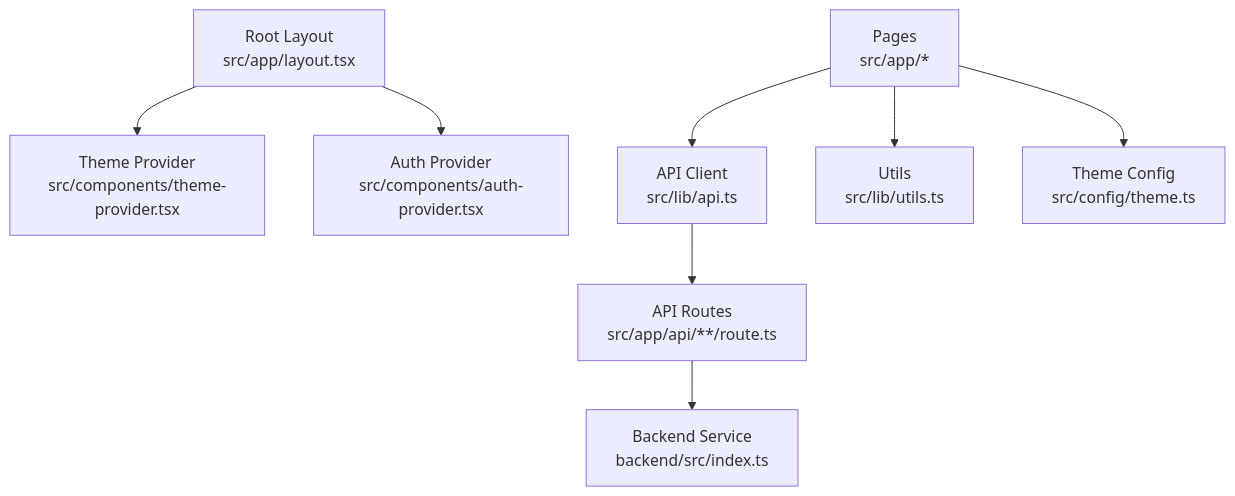
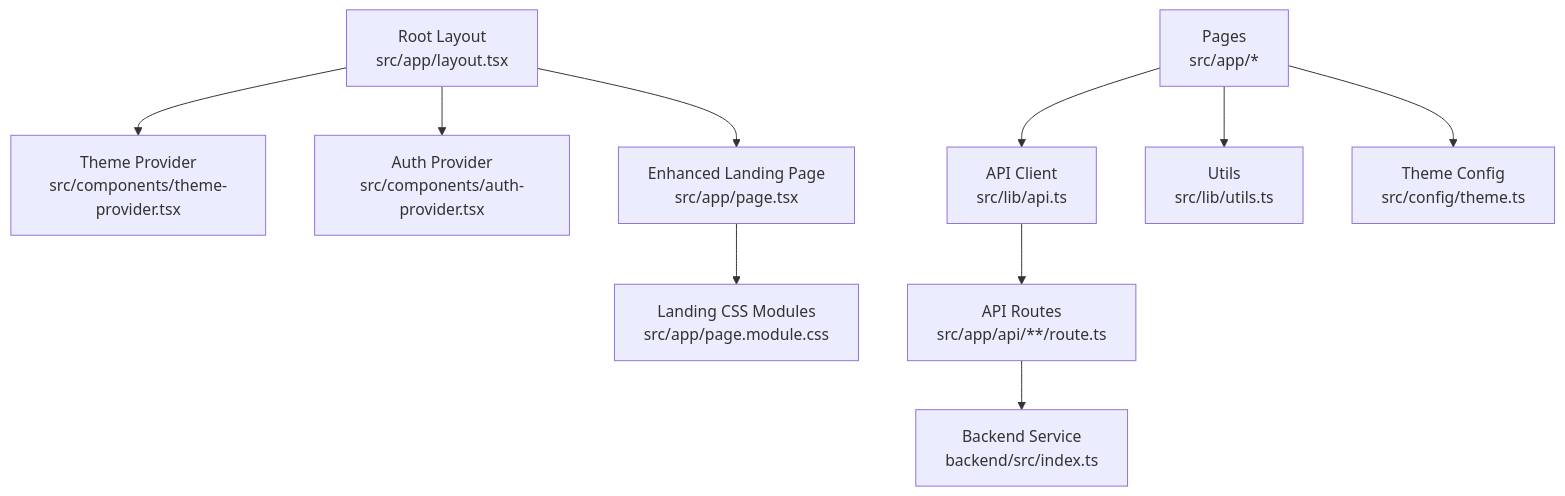
One commit to HassanAmeer/cheaprouter changed the eighth of 8 diagrams in .qoder/repowiki/en/content/Frontend Architecture/Application Structure.md. Above: the diagram before and after it, drawn with Mermaid. The commit also changed other lines of this file and 10 other files, not shown here.

````diff
--- a/.qoder/repowiki/en/content/Frontend Architecture/Application Structure.md
+++ b/.qoder/repowiki/en/content/Frontend Architecture/Application Structure.md
@@ -419,10 +485,12 @@
 ```mermaid
 graph TB
 Root["Root Layout<br/>src/app/layout.tsx"] --> ThemeProv["Theme Provider<br/>src/components/theme-provider.tsx"]
 Root --> AuthProv["Auth Provider<br/>src/components/auth-provider.tsx"]
+Root --> Landing["Enhanced Landing Page<br/>src/app/page.tsx"]
+Landing --> LandingCSS["Landing CSS Modules<br/>src/app/page.module.css"]
 Pages["Pages<br/>src/app/*"] --> LibAPI["API Client<br/>src/lib/api.ts"]
 LibAPI --> APIRoutes["API Routes<br/>src/app/api/**/route.ts"]
 APIRoutes --> Backend["Backend Service<br/>backend/src/index.ts"]
 Pages --> Utils["Utils<br/>src/lib/utils.ts"]
 Pages --> ThemeCfg["Theme Config<br/>src/config/theme.ts"]
 ```
````
